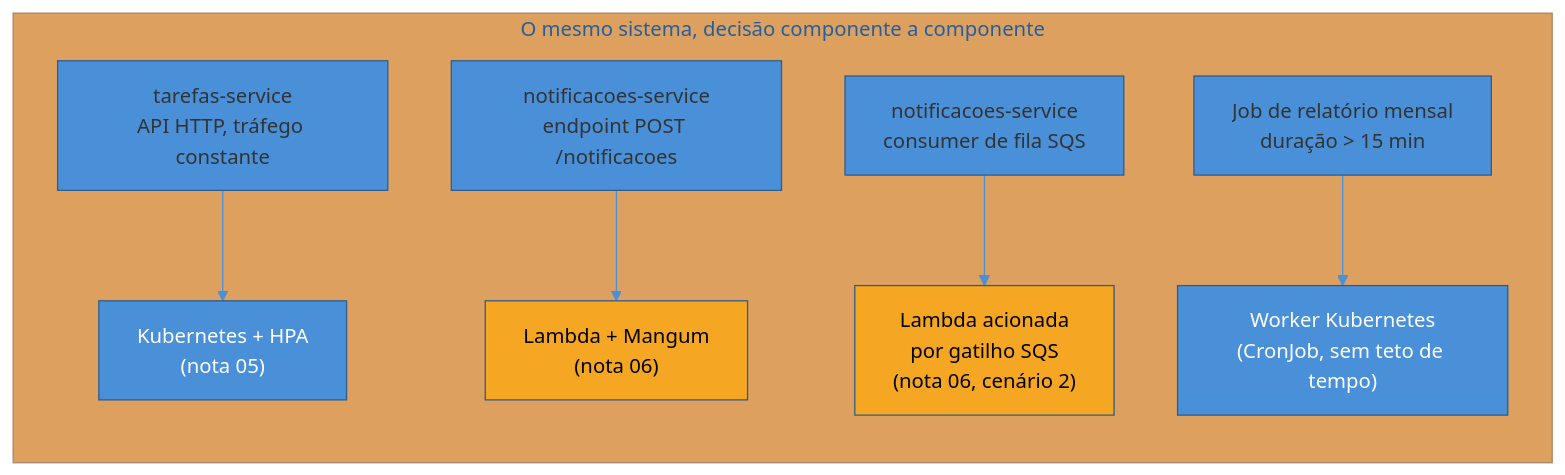
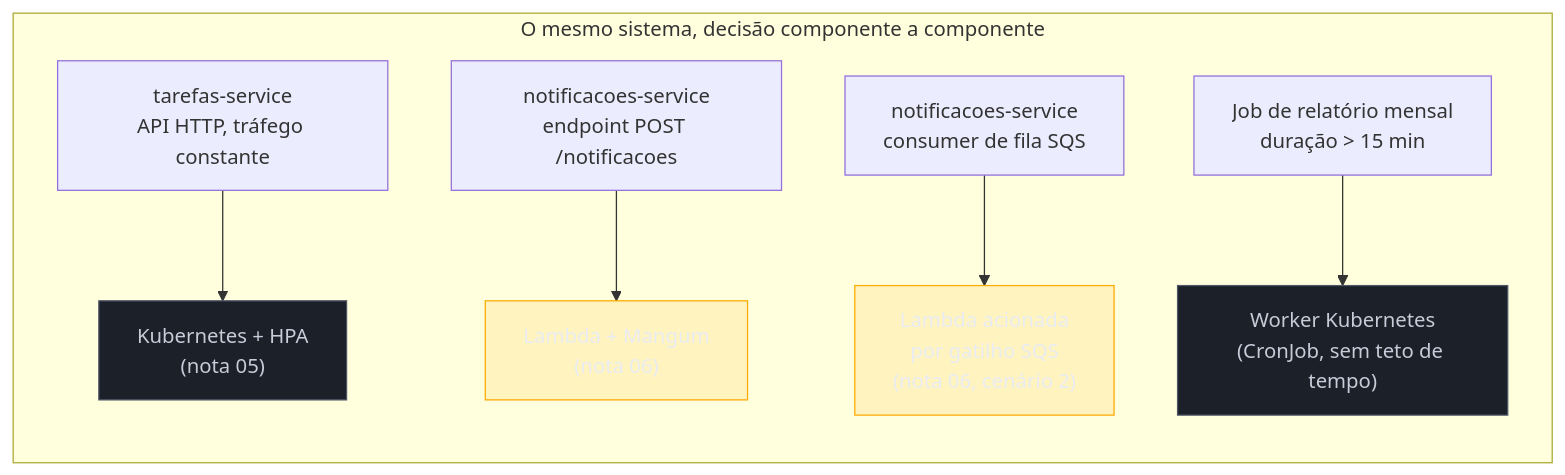
Before and after one commit to josenaldo/codex-technomanticus: the third of 3 diagrams in 03-Dominios/Tecnologia/Python/Cloud-native e produção/07 - Containers vs serverless — trade-offs honestos.md, drawn with Mermaid. The commit also changed other lines of this file and 1181 other files, not shown here.

First line of the commit message:
fix(diagramas): paleta do sistema no lugar de cor cravada no markdown

````diff
--- a/03-Dominios/Tecnologia/Python/Cloud-native e produção/07 - Containers vs serverless — trade-offs honestos.md
+++ b/03-Dominios/Tecnologia/Python/Cloud-native e produção/07 - Containers vs serverless — trade-offs honestos.md
@@ -155,16 +157,17 @@
 ```mermaid
-%%{init: {"theme": "base", "themeVariables": {"primaryColor": "#4A90D9", "primaryBorderColor": "#2E5C8A", "lineColor": "#4A90D9"}}}%%
 flowchart TB
+    classDef neutro fill:#1B2029,stroke:#4E5666,color:#C6CCD8
+    classDef destaque fill:#FFAA0024,stroke:#FFAA00,color:#E9ECF2
     subgraph SISTEMA["O mesmo sistema, decisão componente a componente"]
         direction TB
         A["tarefas-service<br/>API HTTP, tráfego constante"] --> K8S1["Kubernetes + HPA<br/>(nota 05)"]
         B["notificacoes-service<br/>endpoint POST /notificacoes"] --> LAMBDA1["Lambda + Mangum<br/>(nota 06)"]
         C["notificacoes-service<br/>consumer de fila SQS"] --> LAMBDA2["Lambda acionada<br/>por gatilho SQS<br/>(nota 06, cenário 2)"]
         D["Job de relatório mensal<br/>duração > 15 min"] --> K8S2["Worker Kubernetes<br/>(CronJob, sem teto de tempo)"]
     end
 
-    style K8S1 fill:#4A90D9,color:#fff
-    style K8S2 fill:#4A90D9,color:#fff
-    style LAMBDA1 fill:#F5A623,color:#000
-    style LAMBDA2 fill:#F5A623,color:#000
+    class K8S1 neutro
+    class K8S2 neutro
+    class LAMBDA1 destaque
+    class LAMBDA2 destaque
 ```
````
